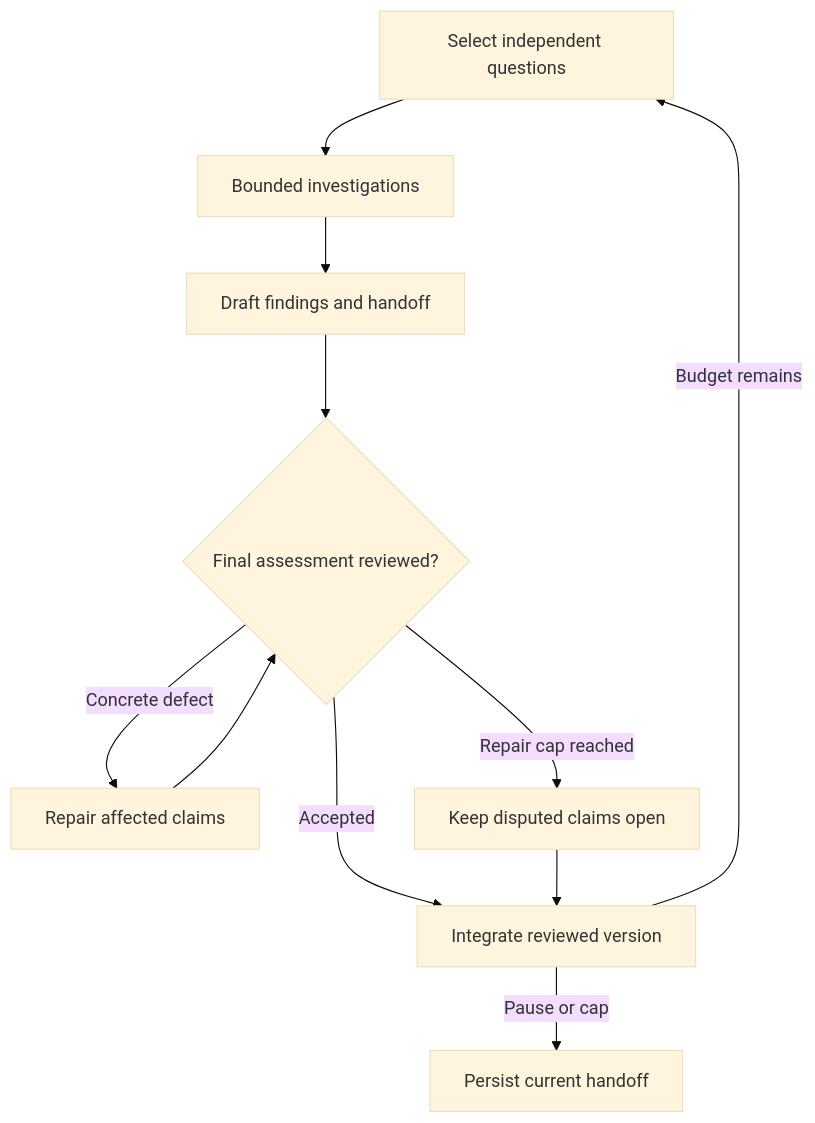
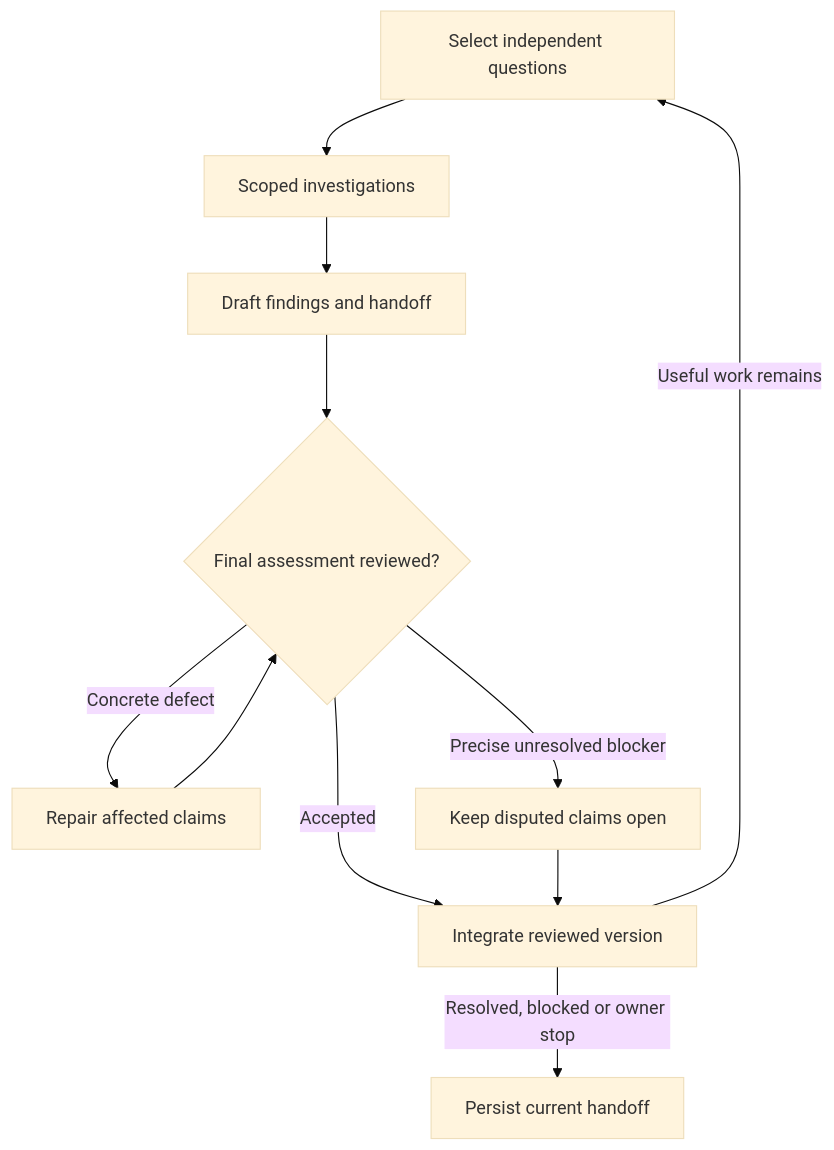
Before and after one commit to moritzbrantner/truth-core: the diagram in docs/systematic-corpus-loop.md, drawn with Mermaid (base theme). The commit also changed other lines of this file and 2 other files, not shown here.

````diff
--- a/docs/systematic-corpus-loop.md
+++ b/docs/systematic-corpus-loop.md
@@ -9,13 +9,13 @@
 ```mermaid
 flowchart TD
-    Q[Select independent questions] --> W[Bounded investigations]
+    Q[Select independent questions] --> W[Scoped investigations]
     W --> D[Draft findings and handoff]
     D --> C{Final assessment reviewed?}
     C -->|Accepted| I[Integrate reviewed version]
     C -->|Concrete defect| F[Repair affected claims]
     F --> C
-    C -->|Repair cap reached| O[Keep disputed claims open]
+    C -->|Precise unresolved blocker| O[Keep disputed claims open]
     O --> I
-    I -->|Budget remains| Q
-    I -->|Pause or cap| H[Persist current handoff]
+    I -->|Useful work remains| Q
+    I -->|Resolved, blocked or owner stop| H[Persist current handoff]
 ```
````
